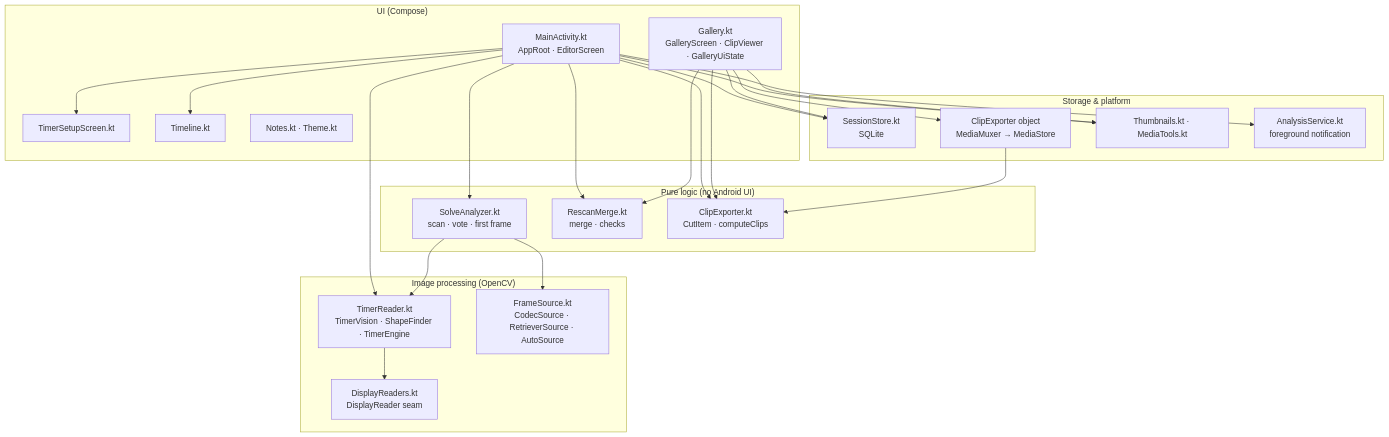
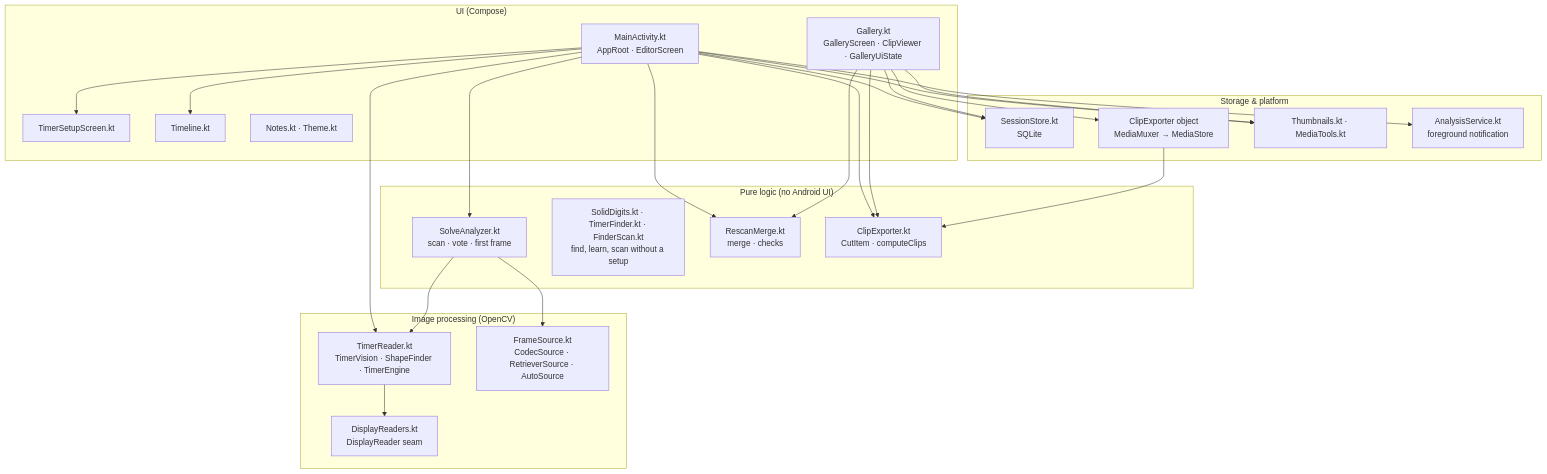
The first of 5 diagrams in ARCHITECTURE.md (justinihil/CubeCut), drawn with Mermaid before and after one commit. The commit also changed other lines of this file and 19 other files, not shown here.

First line of the commit message:
feat(scan): Find solves finds the timer by itself (3.3-C step 4)

````diff
--- a/ARCHITECTURE.md
+++ b/ARCHITECTURE.md
@@ -15,31 +15,32 @@
 ```mermaid
 flowchart TB
   subgraph UI["UI (Compose)"]
     MA["MainActivity.kt<br/>AppRoot · EditorScreen"]
     GA["Gallery.kt<br/>GalleryScreen · ClipViewer · GalleryUiState"]
     TS["TimerSetupScreen.kt"]
     TL["Timeline.kt"]
     NT["Notes.kt · Theme.kt"]
   end
   subgraph Domain["Pure logic (no Android UI)"]
     SA["SolveAnalyzer.kt<br/>scan · vote · first frame"]
+    TF["SolidDigits.kt · TimerFinder.kt · FinderScan.kt<br/>find, learn, scan without a setup"]
     RM["RescanMerge.kt<br/>merge · checks"]
     CE1["ClipExporter.kt<br/>CutItem · computeClips"]
   end
   subgraph Vision["Image processing (OpenCV)"]
     TR["TimerReader.kt<br/>TimerVision · ShapeFinder · TimerEngine"]
     DR["DisplayReaders.kt<br/>DisplayReader seam"]
     FS["FrameSource.kt<br/>CodecSource · RetrieverSource · AutoSource"]
   end
   subgraph Platform["Storage & platform"]
     SS["SessionStore.kt<br/>SQLite"]
     CE2["ClipExporter object<br/>MediaMuxer → MediaStore"]
     TH["Thumbnails.kt · MediaTools.kt"]
     AS["AnalysisService.kt<br/>foreground notification"]
   end
   MA --> SA & RM & CE1 & SS & TR & TL & TS & AS & TH
   GA --> SS & CE1 & CE2 & RM & TH
   SA --> FS & TR
   TR --> DR
   CE2 --> CE1
 ```
````
